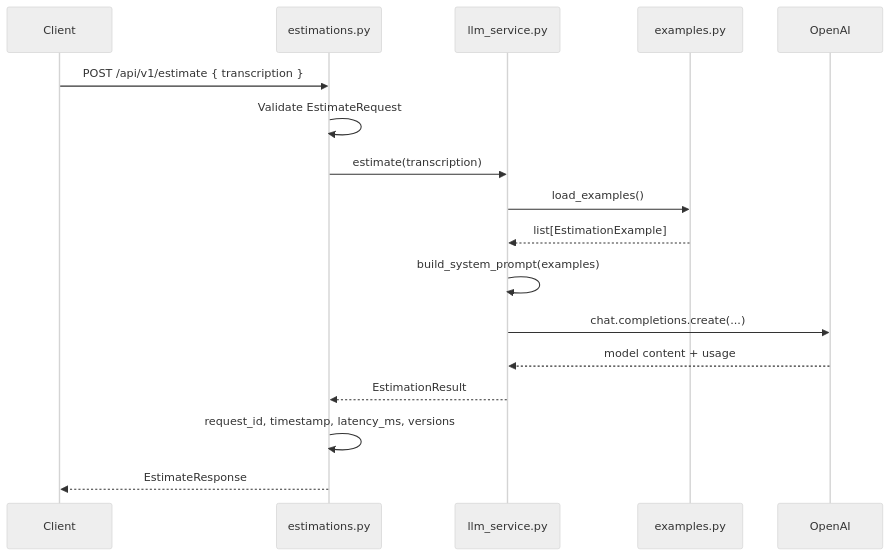
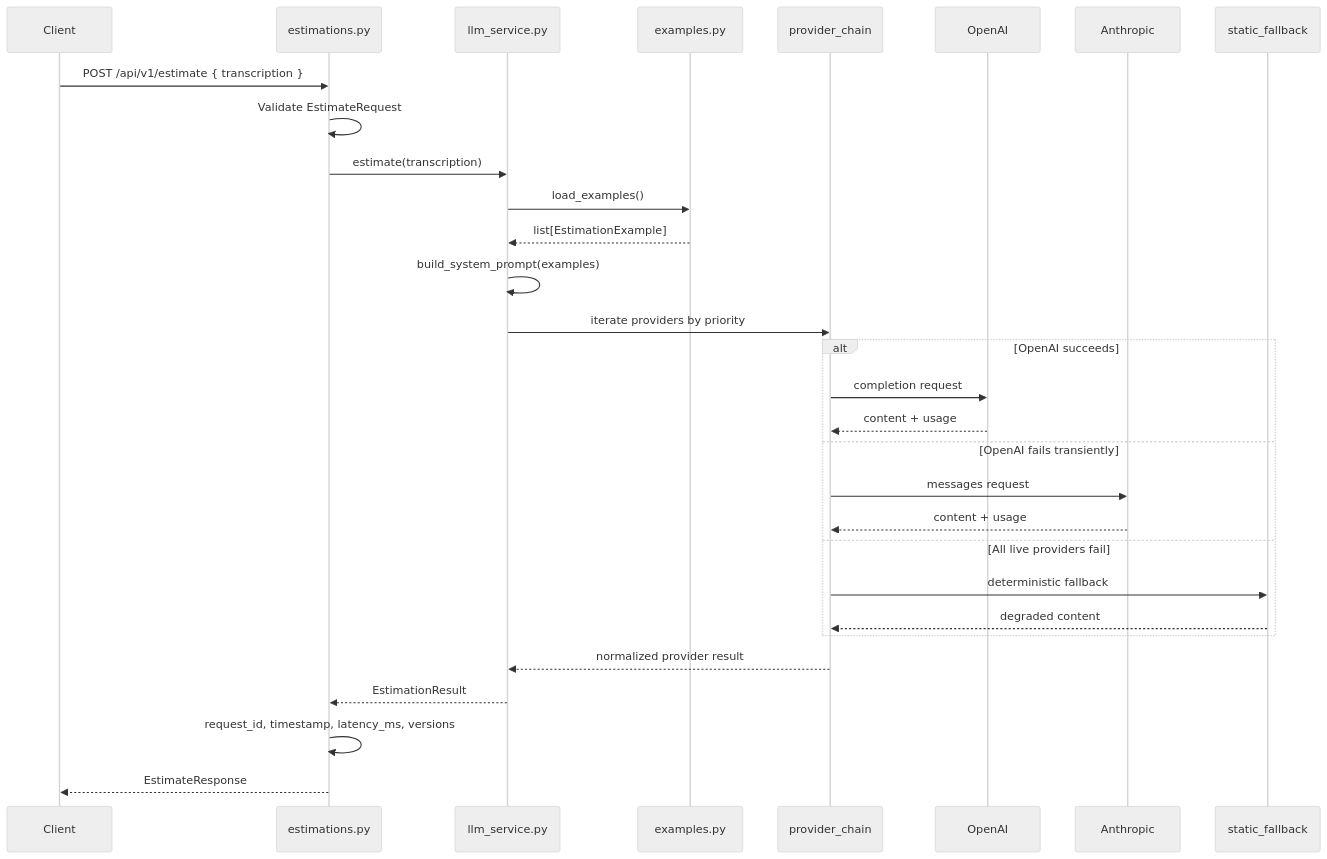
Before and after one commit to povedica/master-ia-lidr: the second of 2 diagrams in proyectos/estimador-cag/docs/technical/README.md, drawn with Mermaid (neutral theme). The commit also changed other lines of this file and 2 other files, not shown here.

First line of the commit message:
docs(estimador-cag): document provider fallback contracts and verification

````diff
--- a/proyectos/estimador-cag/docs/technical/README.md
+++ b/proyectos/estimador-cag/docs/technical/README.md
@@ -241,20 +252,33 @@
 ```mermaid
 sequenceDiagram
     participant Client
     participant Router as estimations.py
     participant Service as llm_service.py
     participant Context as examples.py
+    participant Chain as provider_chain
     participant OpenAI
+    participant Anthropic
+    participant Static as static_fallback
 
     Client->>Router: POST /api/v1/estimate { transcription }
     Router->>Router: Validate EstimateRequest
     Router->>Service: estimate(transcription)
     Service->>Context: load_examples()
     Context-->>Service: list[EstimationExample]
     Service->>Service: build_system_prompt(examples)
-    Service->>OpenAI: chat.completions.create(...)
-    OpenAI-->>Service: model content + usage
+    Service->>Chain: iterate providers by priority
+    alt OpenAI succeeds
+        Chain->>OpenAI: completion request
+        OpenAI-->>Chain: content + usage
+    else OpenAI fails transiently
+        Chain->>Anthropic: messages request
+        Anthropic-->>Chain: content + usage
+    else All live providers fail
+        Chain->>Static: deterministic fallback
+        Static-->>Chain: degraded content
+    end
+    Chain-->>Service: normalized provider result
     Service-->>Router: EstimationResult
     Router->>Router: request_id, timestamp, latency_ms, versions
     Router-->>Client: EstimateResponse
 ```
````
